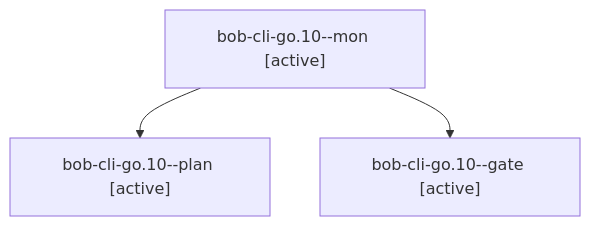
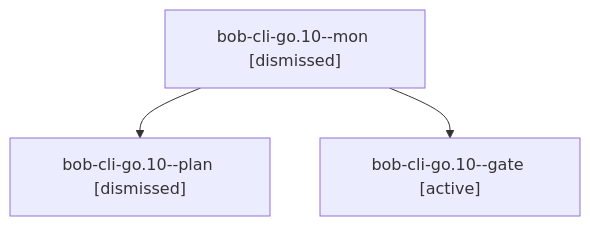
Before and after one commit to bobs-org/bob-cli--agents: the diagram in sessions/bbugyi200.apollo.bob-cli-go.10.md, drawn with Mermaid. The commit also changed other lines of this file and 132 other files, not shown here.

````diff
--- a/sessions/bbugyi200.apollo.bob-cli-go.10.md
+++ b/sessions/bbugyi200.apollo.bob-cli-go.10.md
@@ -9,8 +9,8 @@
 ```mermaid
 flowchart TD
-  n0["bob-cli-go.10--mon [active]"]
-  n1["bob-cli-go.10--plan [active]"]
+  n0["bob-cli-go.10--mon [dismissed]"]
+  n1["bob-cli-go.10--plan [dismissed]"]
   n0 --> n1
   n2["bob-cli-go.10--gate [active]"]
   n0 --> n2
 ```
````
